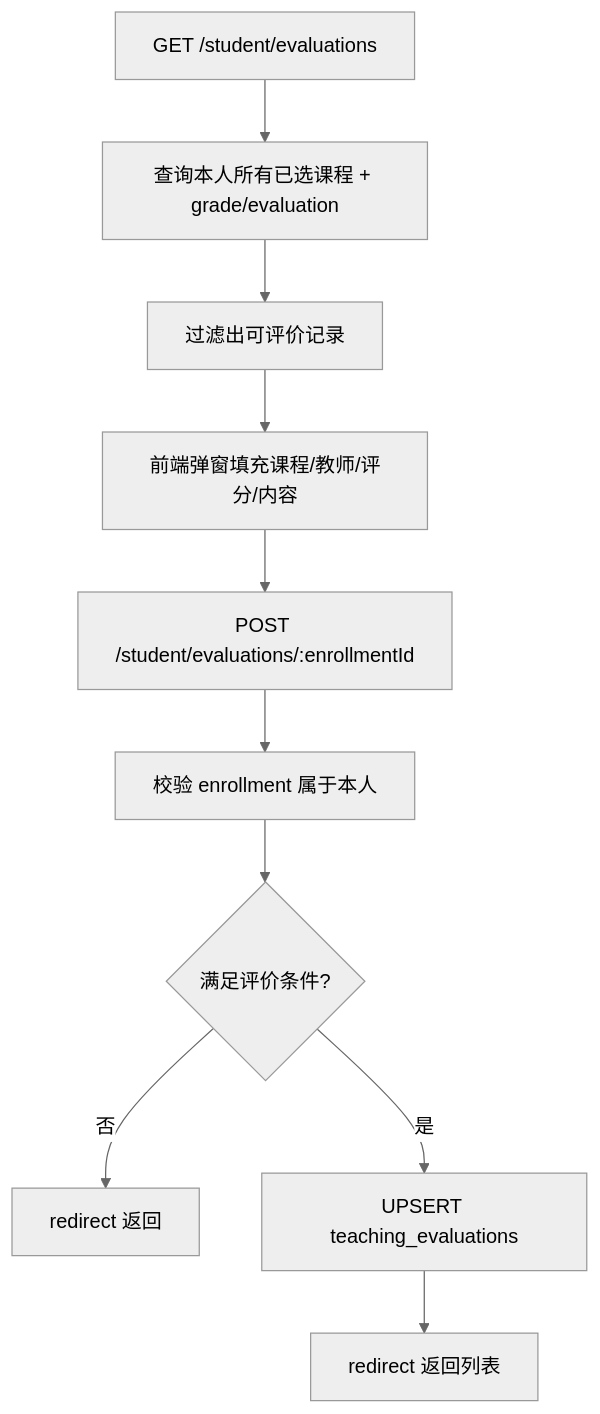
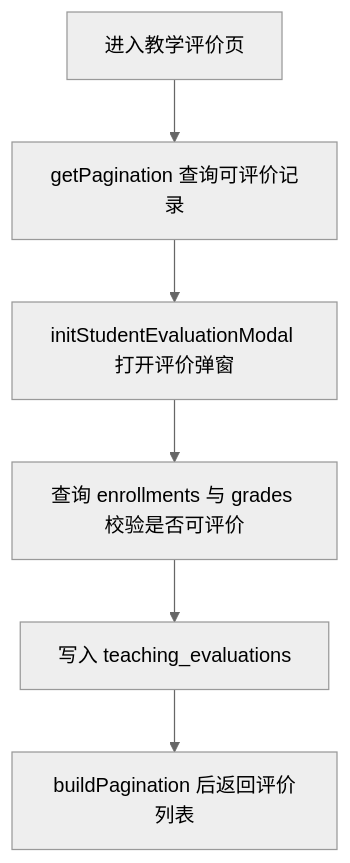
One commit to llkww/jiaoxue changed the tenth of 29 diagrams in docs/系统设计说明.md. Above: the diagram before and after it, drawn with Mermaid (neutral theme). The commit also changed other lines of this file and 1 other file, not shown here.

````diff
--- a/docs/系统设计说明.md
+++ b/docs/系统设计说明.md
@@ -652,12 +634,8 @@
 ```mermaid
 flowchart TD
-  A[GET /student/evaluations] --> B[查询本人所有已选课程 + grade/evaluation]
-  B --> C[过滤出可评价记录]
-  C --> D[前端弹窗填充课程/教师/评分/内容]
-  D --> E[POST /student/evaluations/:enrollmentId]
-  E --> F[校验 enrollment 属于本人]
-  F --> G{满足评价条件?}
-  G -- 否 --> H[redirect 返回]
-  G -- 是 --> I[UPSERT teaching_evaluations]
-  I --> J[redirect 返回列表]
+  A[进入教学评价页] --> B[getPagination 查询可评价记录]
+  B --> C[initStudentEvaluationModal 打开评价弹窗]
+  C --> D[查询 enrollments 与 grades 校验是否可评价]
+  D --> E[写入 teaching_evaluations]
+  E --> F[buildPagination 后返回评价列表]
 ```
````
